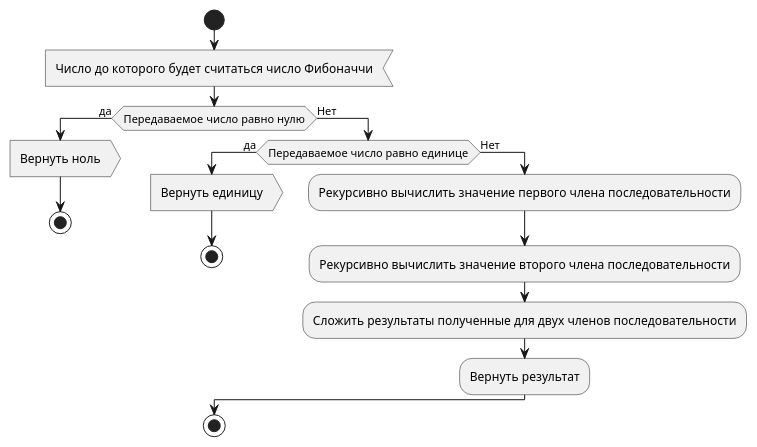
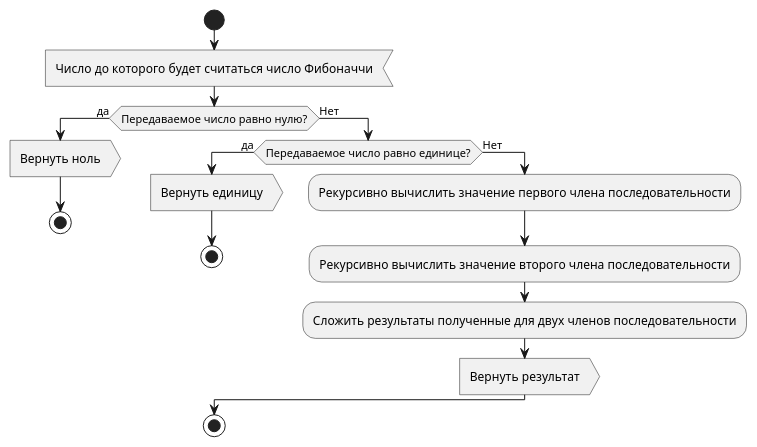
The diagram in Scenarios/3.2. Fibonacci.puml (YA-NDT/IC-ADSC-TD), drawn with PlantUML before and after one commit. The commit also changed 3 other files, not shown here.

Commit message:
Обновлены блок-схема и картинка для урока 3.2.

```diff
--- a/Scenarios/3.2. Fibonacci.puml
+++ b/Scenarios/3.2. Fibonacci.puml
@@ -1,20 +1,20 @@
 @startuml
 start
     :Число до которого будет считаться число Фибоначчи<
     
-    if (Передаваемое число равно нулю) then (да)
+    if (Передаваемое число равно нулю?) then (да)
         :Вернуть ноль>
         stop
     else (Нет)
-        if (Передаваемое число равно единице) then (да)
+        if (Передаваемое число равно единице?) then (да)
             :Вернуть единицу>
             stop
         else (Нет)
             :Рекурсивно вычислить значение первого члена последовательности;
             :Рекурсивно вычислить значение второго члена последовательности;
             :Сложить результаты полученные для двух членов последовательности;
-            :Вернуть результат;
+            :Вернуть результат>
         endif
     endif
 stop
 @enduml
```
